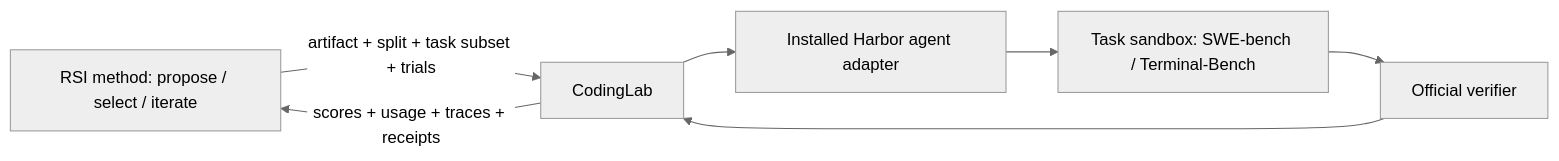
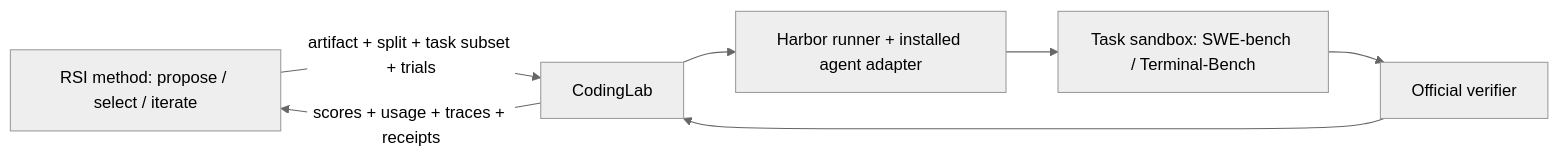
Before and after one commit to FreedomIntelligence/RSIComposer: the diagram in src/rsisys/labs/scenes/coding/README.md, drawn with Mermaid (neutral theme). The commit also changed other lines of this file and 16 other files, not shown here.

````diff
--- a/src/rsisys/labs/scenes/coding/README.md
+++ b/src/rsisys/labs/scenes/coding/README.md
@@ -8,9 +11,9 @@
 ```mermaid
 flowchart LR
     M[RSI method: propose / select / iterate] -->|artifact + split + task subset + trials| L[CodingLab]
-    L --> A[Installed Harbor agent adapter]
+    L --> A[Harbor runner + installed agent adapter]
     A --> S[Task sandbox: SWE-bench / Terminal-Bench]
     S --> V[Official verifier]
     V --> L
     L -->|scores + usage + traces + receipts| M
 ```
````
